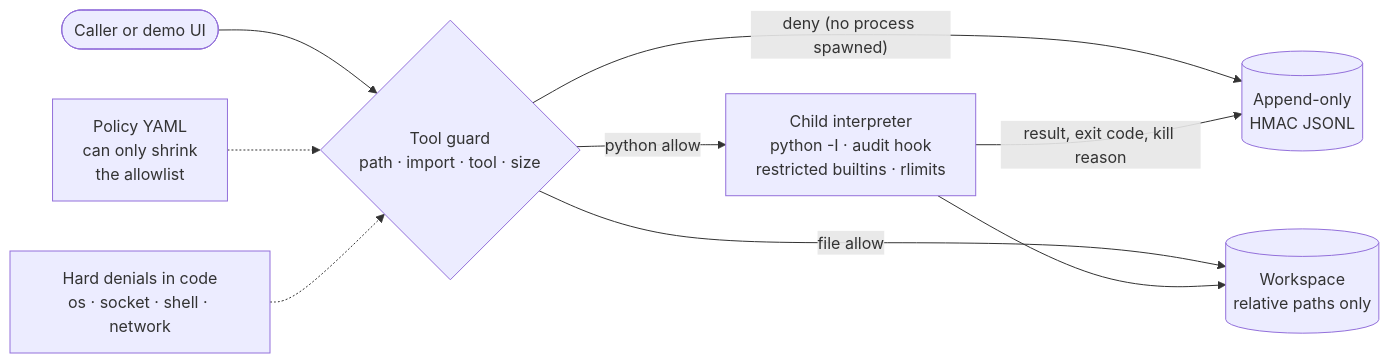
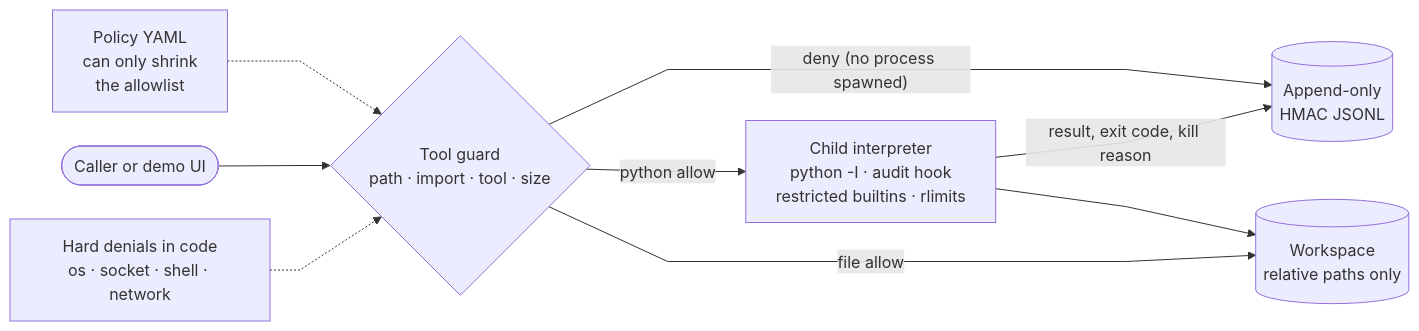
The first of 2 diagrams in forge/README.md (kumarlakshya24/enterprise-ai-platform), drawn with Mermaid before and after one commit. The commit also changed 6 other files, not shown here.

First line of the commit message:
docs: redraw seven project architecture diagrams with no crossing lines (#24)

````diff
--- a/forge/README.md
+++ b/forge/README.md
@@ -93,11 +93,12 @@
 ```mermaid
+%%{init: {"flowchart": {"curve": "linear", "nodeSpacing": 34, "rankSpacing": 60}}}%%
 flowchart LR
+  Policy["Policy YAML<br/>can only shrink<br/>the allowlist"] -.-> Guard
   Caller([Caller or demo UI]) --> Guard{"Tool guard<br/>path · import · tool · size"}
+  Hard["Hard denials in code<br/>os · socket · shell · network"] -.-> Guard
   Guard -->|"deny (no process spawned)"| Audit[("Append-only<br/>HMAC JSONL")]
   Guard -->|python allow| Child["Child interpreter<br/>python -I · audit hook<br/>restricted builtins · rlimits"]
   Guard -->|file allow| WS[("Workspace<br/>relative paths only")]
+  Child -->|"result, exit code, kill reason"| Audit
   Child --> WS
-  Child -->|"result, exit code, kill reason"| Audit
-  Policy["Policy YAML<br/>can only shrink<br/>the allowlist"] -.-> Guard
-  Hard["Hard denials in code<br/>os · socket · shell · network"] -.-> Guard
 ```
````
